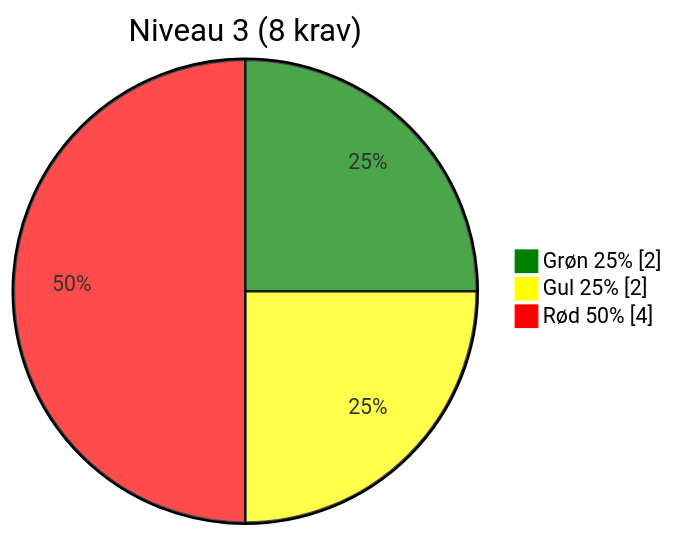
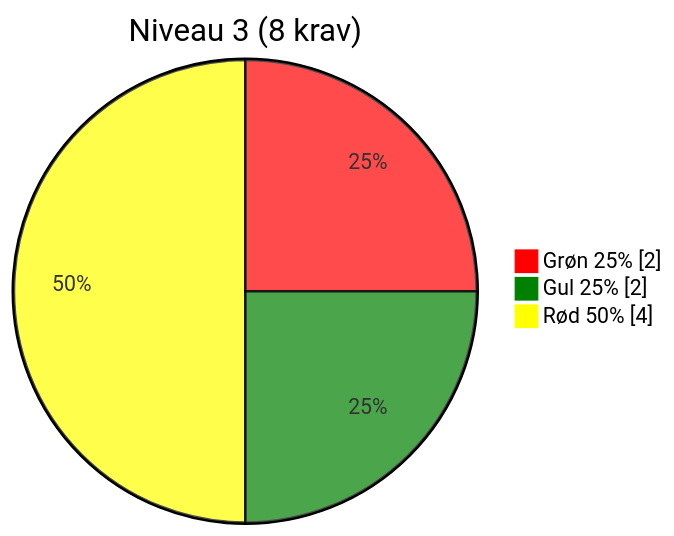
One commit to OS2offdig/os2-product-audits changed the fourth of 5 diagrams in 2025-09-audits/os2-skadesøkonomi_assessment_2025-09-01.md. Above: the diagram before and after it, drawn with Mermaid. The commit also changed other lines of this file, not shown here.

````diff
--- a/2025-09-audits/os2-skadesøkonomi_assessment_2025-09-01.md
+++ b/2025-09-audits/os2-skadesøkonomi_assessment_2025-09-01.md
@@ -155,10 +155,10 @@
 ```mermaid
   %%{init: {"themeVariables": {
-  "pie1": "#008000", "pie2": "#FFFF00", "pie3": "#FF0000"
+  "pie2": "#008000", "pie3": "#FFFF00", "pie1": "#FF0000"
 }}}%%
 pie showData
   title Niveau 3 (8 krav)
   "Grøn 25%" : 2
   "Gul 25%"  : 2
   "Rød 50%"  : 4
 ```
````
